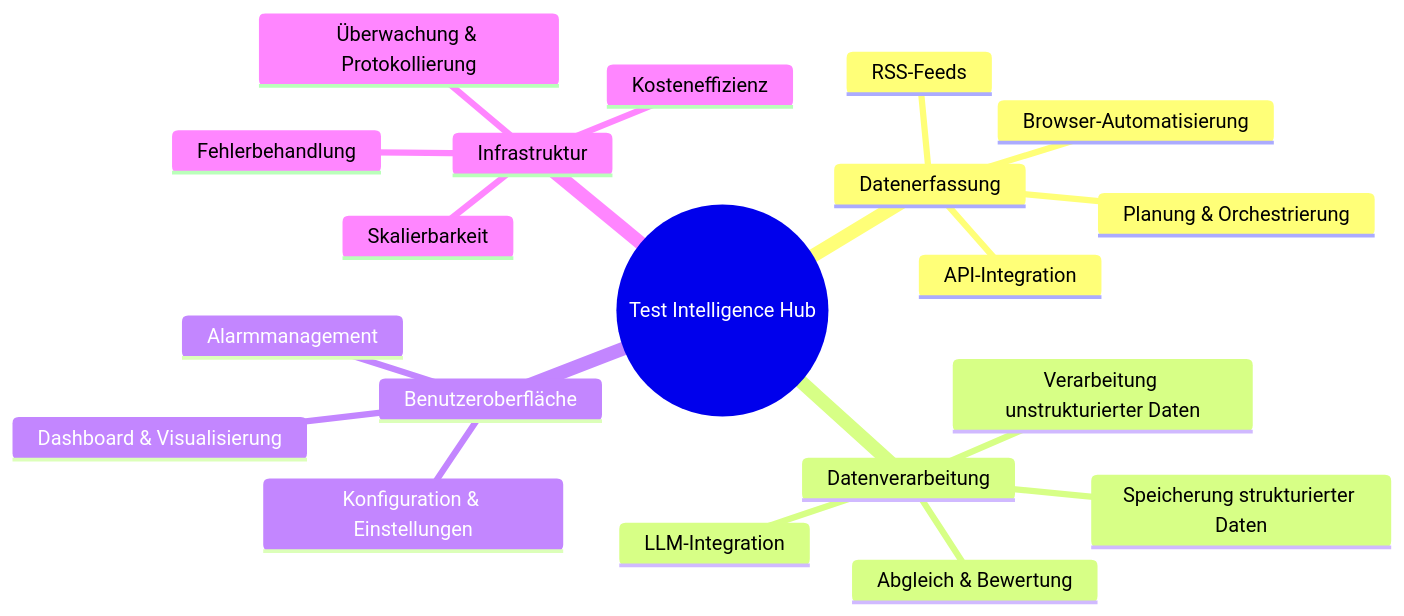
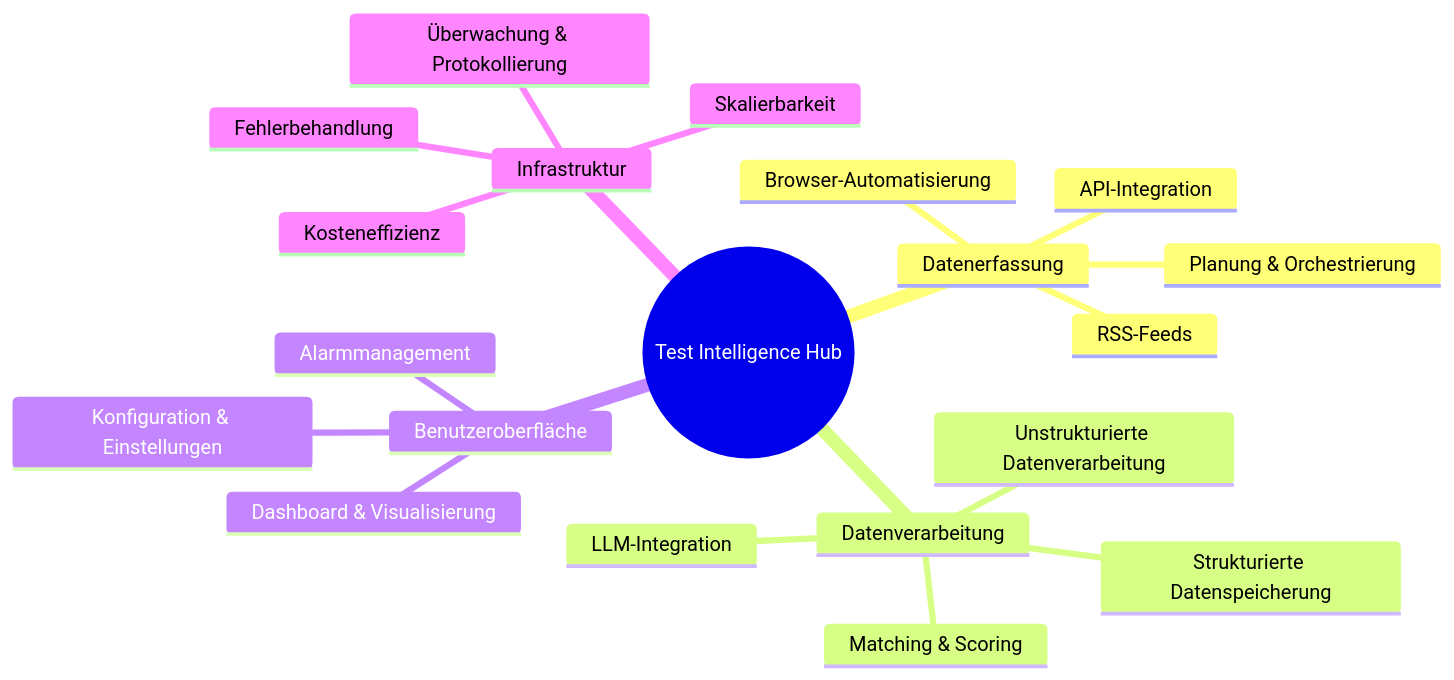
One commit to kafkiano/astrowind-i18n changed the first of 2 diagrams in src/data/pages/de/markdown.md. Above: the diagram before and after it, drawn with Mermaid. The commit also changed other lines of this file and 8 other files, not shown here.

````diff
--- a/src/data/pages/de/markdown.md
+++ b/src/data/pages/de/markdown.md
@@ -427,23 +427,23 @@
 ```mermaid
 mindmap
   root((Test Intelligence Hub))
     Datenerfassung
       API-Integration
       Browser-Automatisierung
       RSS-Feeds
       Planung &amp; Orchestrierung
     Datenverarbeitung
-      Speicherung strukturierter Daten
-      Verarbeitung unstrukturierter Daten
+      Strukturierte Datenspeicherung
+      Unstrukturierte Datenverarbeitung
       LLM-Integration
-      Abgleich &amp; Bewertung
+      Matching &amp; Scoring
     Benutzeroberfläche
       Dashboard &amp; Visualisierung
       Alarmmanagement
       Konfiguration &amp; Einstellungen
     Infrastruktur
       Überwachung &amp; Protokollierung
       Fehlerbehandlung
       Skalierbarkeit
       Kosteneffizienz
 ```
````
